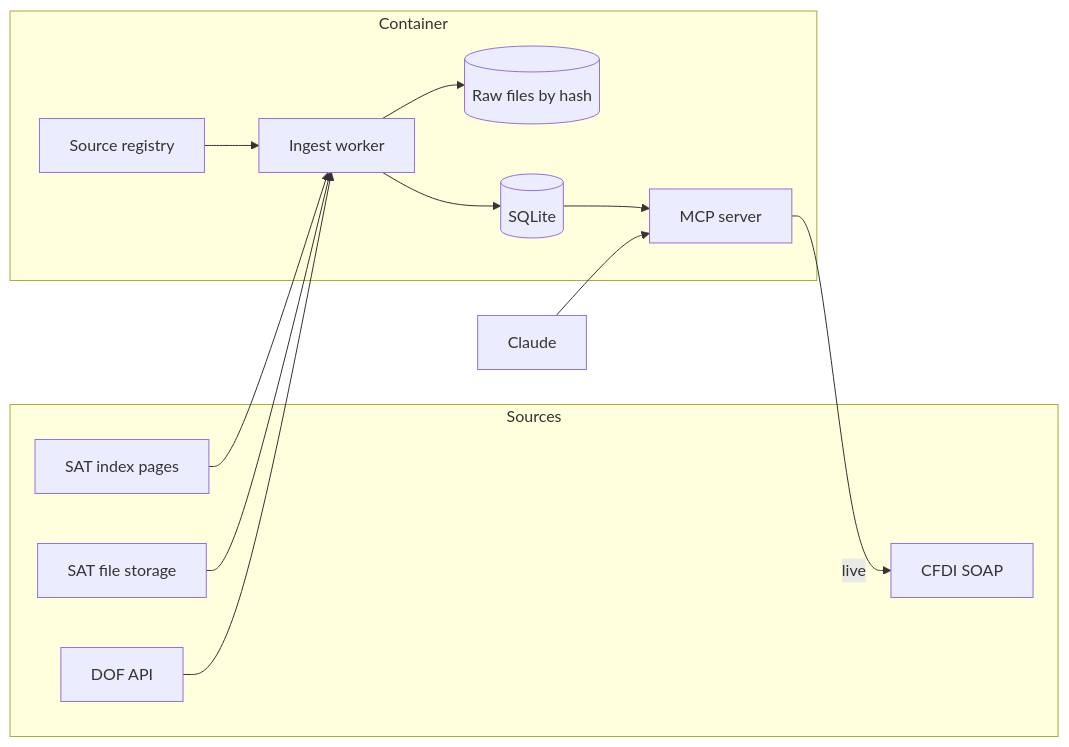
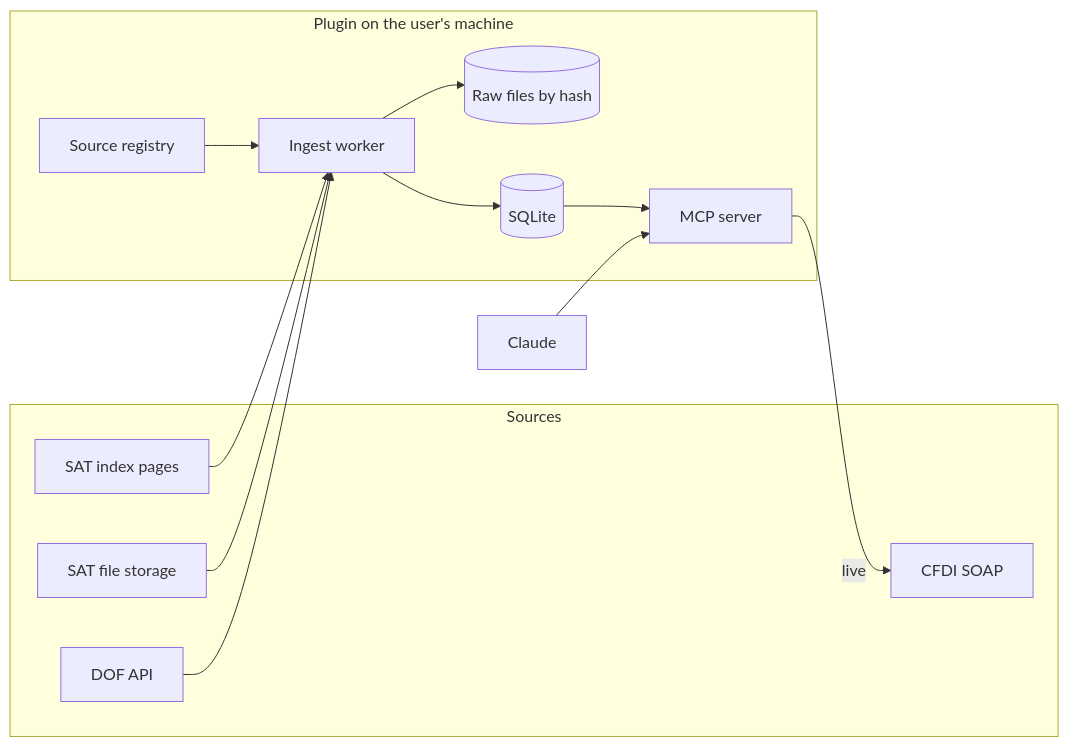
One commit to AlejandroFloresM02/sat_dof_mcp changed the diagram in docs/design_connector.md. Above: the diagram before and after it, drawn with Mermaid. The commit also changed other lines of this file and 11 other files, not shown here.

First line of the commit message:
Reframe docs for a local-first Claude plugin and remove stale material

````diff
--- a/docs/design_connector.md
+++ b/docs/design_connector.md
@@ -103,20 +96,20 @@
 ```mermaid
 flowchart LR
   subgraph Sources
     A[SAT index pages]
     B[SAT file storage]
     C[DOF API]
     D[CFDI SOAP]
   end
-  subgraph Container
+  subgraph Local["Plugin on the user's machine"]
     R[Source registry] --> I[Ingest worker]
     I --> RAW[(Raw files by hash)]
     I --> DB[(SQLite)]
     DB --> S[MCP server]
   end
   A --> I
   B --> I
   C --> I
   S -->|live| D
   Claude --> S
 ```
````
